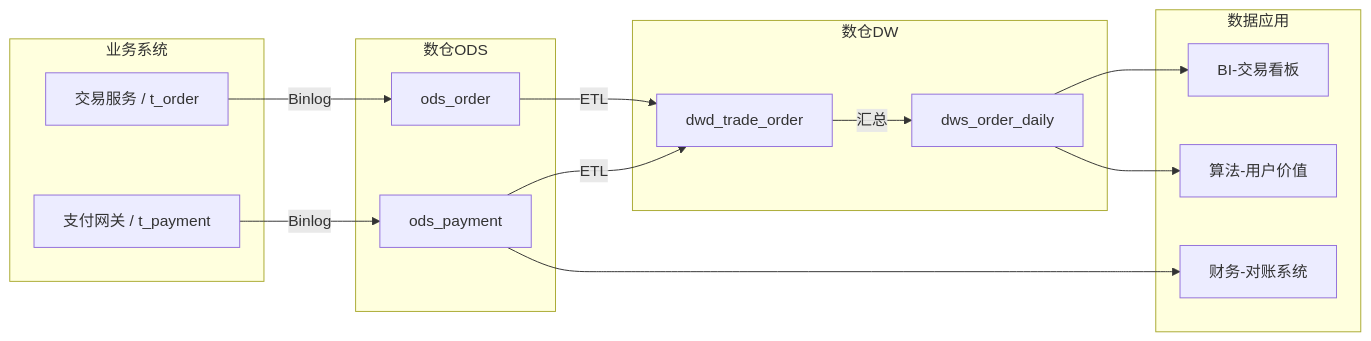
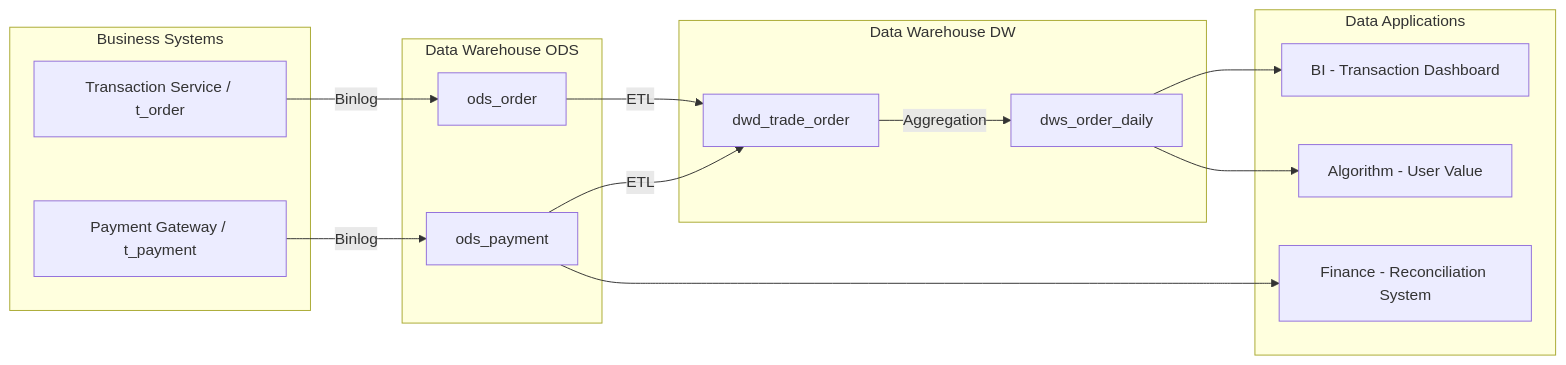
One commit to Kirky-X/cangjie changed the ninth of 11 diagrams in templates/产品/技术层/【模板】数据库设计文档规范.md. Above: the diagram before and after it, drawn with Mermaid. The commit also changed other lines of this file and 60 other files, not shown here.

````diff
--- a/templates/产品/技术层/【模板】数据库设计文档规范.md
+++ b/templates/产品/技术层/【模板】数据库设计文档规范.md
@@ -567,32 +567,32 @@
 ```mermaid
 flowchart LR
-    subgraph 业务系统
-        A1[交易服务 / t_order]
-        A2[支付网关 / t_payment]
+    subgraph Business Systems
+        A1[Transaction Service / t_order]
+        A2[Payment Gateway / t_payment]
     end
 
-    subgraph 数仓ODS
+    subgraph Data Warehouse ODS
         B1[ods_order]
         B2[ods_payment]
     end
 
-    subgraph 数仓DW
+    subgraph Data Warehouse DW
         C1[dwd_trade_order]
         C2[dws_order_daily]
     end
 
-    subgraph 数据应用
-        D1[BI-交易看板]
-        D2[算法-用户价值]
-        D3[财务-对账系统]
+    subgraph Data Applications
+        D1[BI - Transaction Dashboard]
+        D2[Algorithm - User Value]
+        D3[Finance - Reconciliation System]
     end
 
     A1 -->|Binlog| B1
     A2 -->|Binlog| B2
     B1 -->|ETL| C1
     B2 -->|ETL| C1
-    C1 -->|汇总| C2
+    C1 -->|Aggregation| C2
     C2 --> D1
     C2 --> D2
     B2 --> D3
 ```
````
